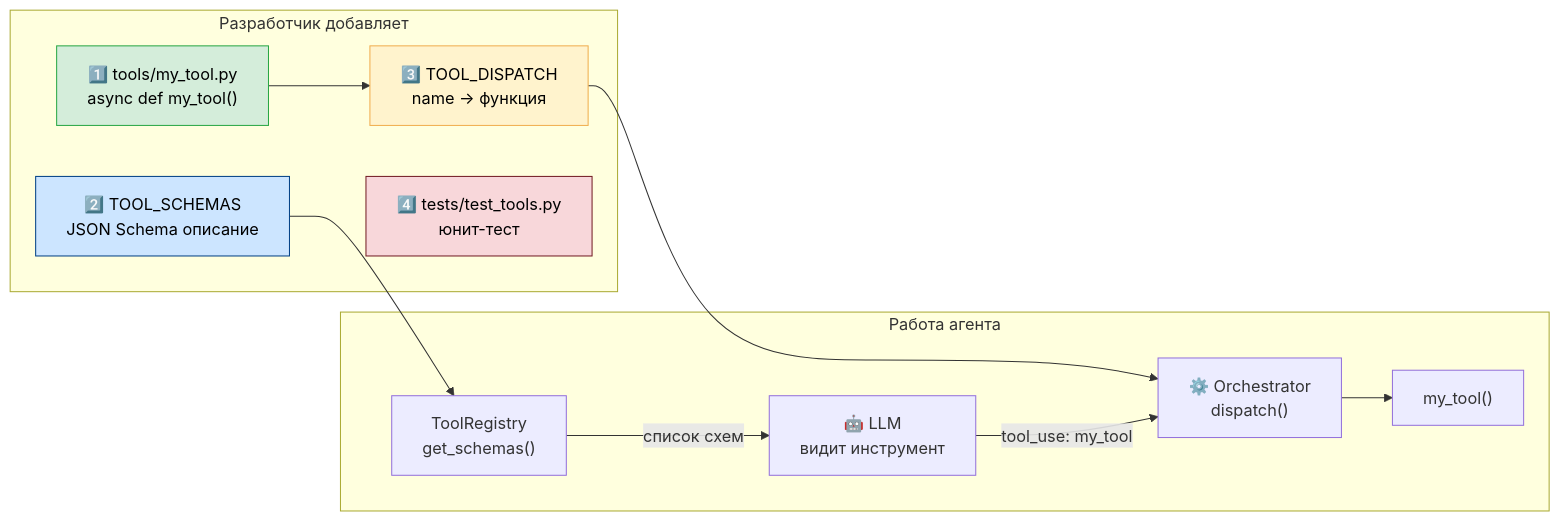
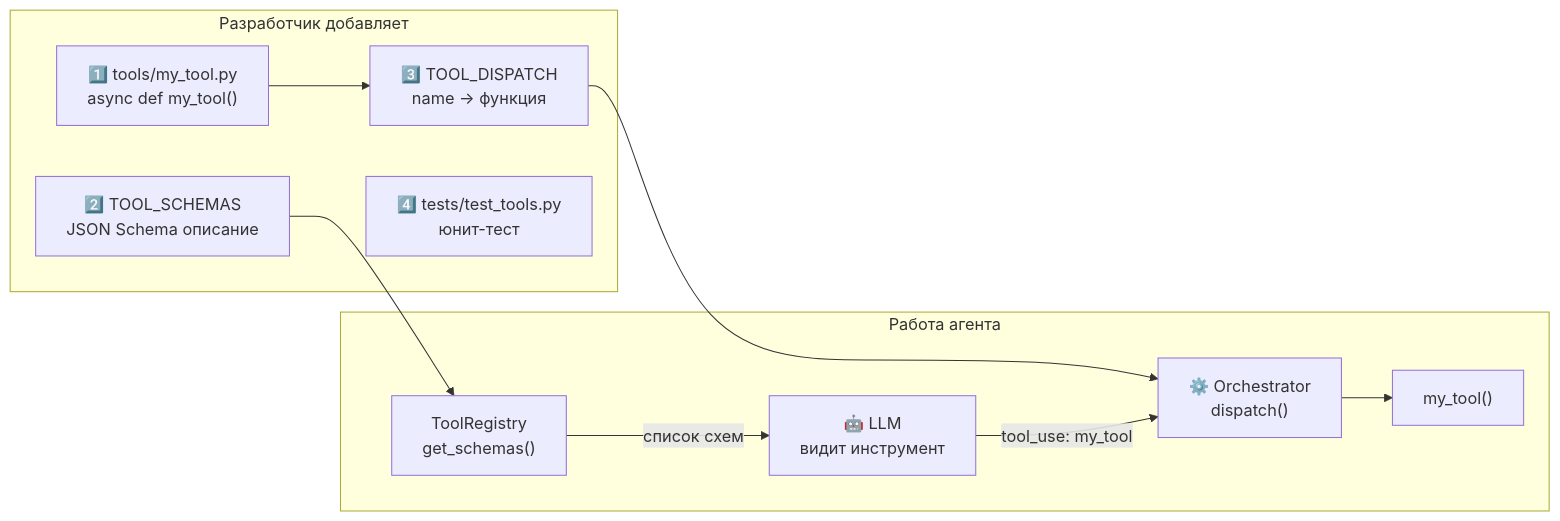
Before and after one commit to ivanshamaev/research-agent: the diagram in docs/10-add-tool.md, drawn with Mermaid. The commit also changed 5 other files, not shown here.

First line of the commit message:
docs: remove inline style directives from all mermaid diagrams

````diff
--- a/docs/10-add-tool.md
+++ b/docs/10-add-tool.md
@@ -13,28 +13,24 @@
 ```mermaid
 flowchart LR
     subgraph dev["Разработчик добавляет"]
         F["1️⃣ tools/my_tool.py\nasync def my_tool()"]
         S["2️⃣ TOOL_SCHEMAS\nJSON Schema описание"]
         D["3️⃣ TOOL_DISPATCH\nname → функция"]
         T["4️⃣ tests/test_tools.py\nюнит-тест"]
     end
 
     subgraph runtime["Работа агента"]
         Reg["ToolRegistry\nget_schemas()"]
         LLM["🤖 LLM\nвидит инструмент"]
         Orch["⚙️ Orchestrator\ndispatch()"]
         Tool["my_tool()"]
     end
 
     F --> D
     S --> Reg
     D --> Orch
     Reg -->|список схем| LLM
     LLM -->|tool_use: my_tool| Orch
     Orch --> Tool
 
-    style F fill:#d4edda,stroke:#28a745,color:#000
-    style S fill:#cce5ff,stroke:#004085,color:#000
-    style D fill:#fff3cd,stroke:#f0ad4e,color:#000
-    style T fill:#f8d7da,stroke:#721c24,color:#000
 ```
````
